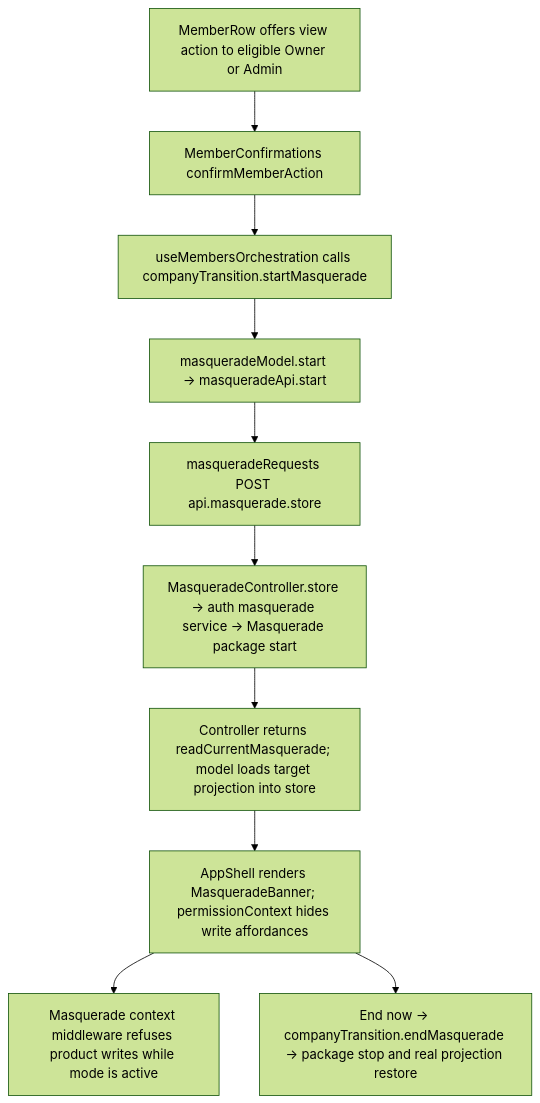
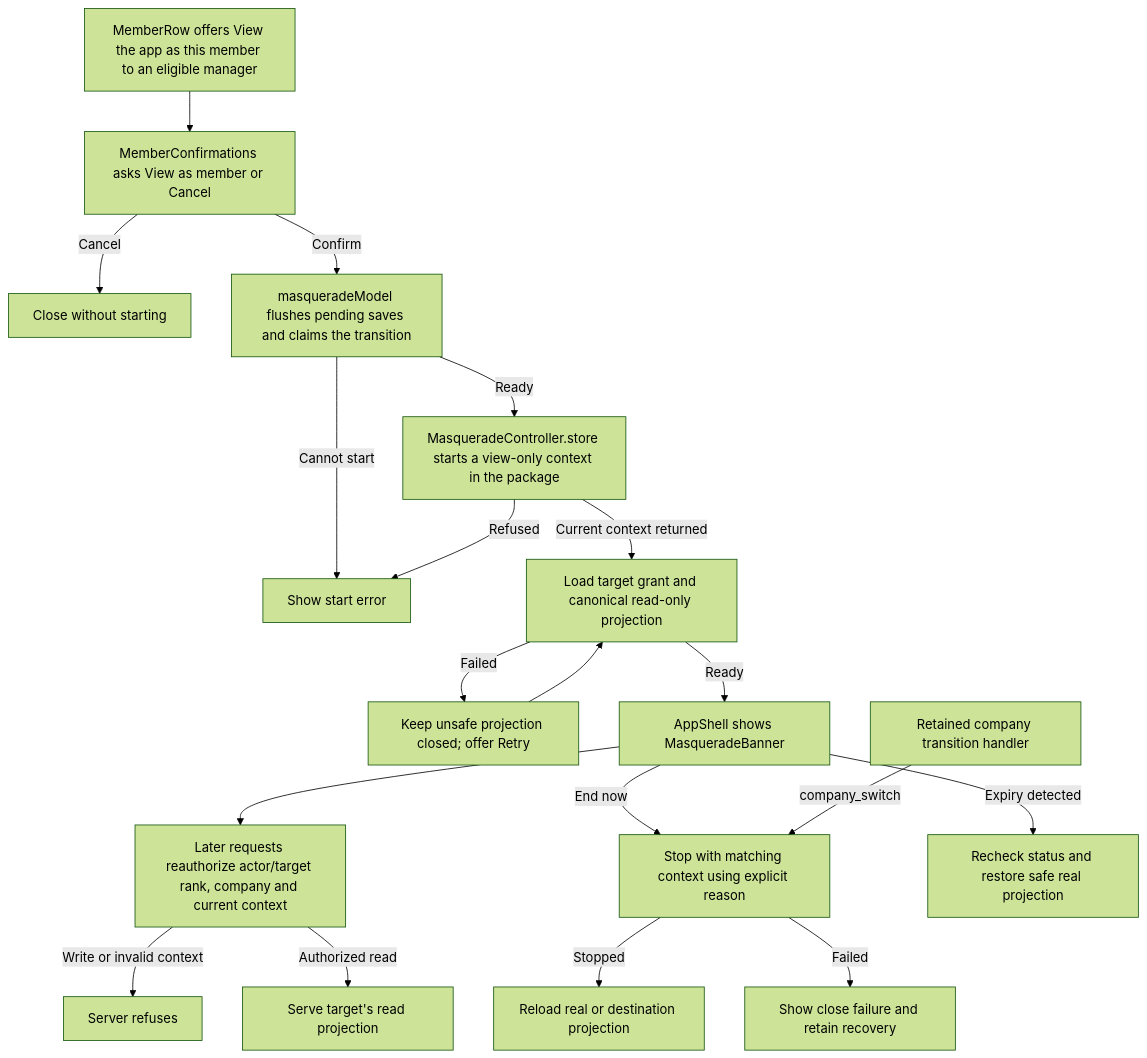
The second of 2 diagrams in user-stories/team/US-TEAM-08-view-as-member.md (Kevinjohn/capacitylens), drawn with Mermaid (forest theme) before and after one commit. The commit also changed other lines of this file and 172 other files, not shown here.

Commit message:
docs: reconcile user story code flows with source

````diff
--- a/user-stories/team/US-TEAM-08-view-as-member.md
+++ b/user-stories/team/US-TEAM-08-view-as-member.md
@@ -32,12 +32,21 @@
 ```mermaid
 flowchart TD
-    Row["MemberRow offers view action to eligible Owner or Admin"] --> Confirm["MemberConfirmations confirmMemberAction"]
-    Confirm --> Start["useMembersOrchestration calls companyTransition.startMasquerade"]
-    Start --> Model["masqueradeModel.start → masqueradeApi.start"]
-    Model --> Request["masqueradeRequests POST api.masquerade.store"]
-    Request --> Server["MasqueradeController.store → auth masquerade service → Masquerade package start"]
-    Server --> Projection["Controller returns readCurrentMasquerade; model loads target projection into store"]
-    Projection --> Banner["AppShell renders MasqueradeBanner; permissionContext hides write affordances"]
-    Banner --> ReadOnly["Masquerade context middleware refuses product writes while mode is active"]
-    Banner --> End["End now → companyTransition.endMasquerade → package stop and real projection restore"]
+  row["MemberRow offers View the app as this member to an eligible manager"] --> dialog["MemberConfirmations asks View as member or Cancel"]
+  dialog -->|Cancel| close["Close without starting"]
+  dialog -->|Confirm| flush["masqueradeModel flushes pending saves and claims the transition"]
+  flush -->|Cannot start| refused["Show start error"]
+  flush -->|Ready| start["MasqueradeController.store starts a view-only context in the package"]
+  start -->|Refused| refused
+  start -->|Current context returned| load["Load target grant and canonical read-only projection"]
+  load -->|Failed| recovery["Keep unsafe projection closed; offer Retry"]
+  recovery --> load
+  load -->|Ready| banner["AppShell shows MasqueradeBanner"]
+  banner --> request["Later requests reauthorize actor/target rank, company and current context"]
+  request -->|Write or invalid context| denied["Server refuses"]
+  request -->|Authorized read| view["Serve target's read projection"]
+  banner -->|End now| stop["Stop with matching context using explicit reason"]
+  transition["Retained company transition handler"] -->|company_switch| stop
+  stop -->|Stopped| real["Reload real or destination projection"]
+  stop -->|Failed| endError["Show close failure and retain recovery"]
+  banner -->|Expiry detected| refresh["Recheck status and restore safe real projection"]
 ```
````
